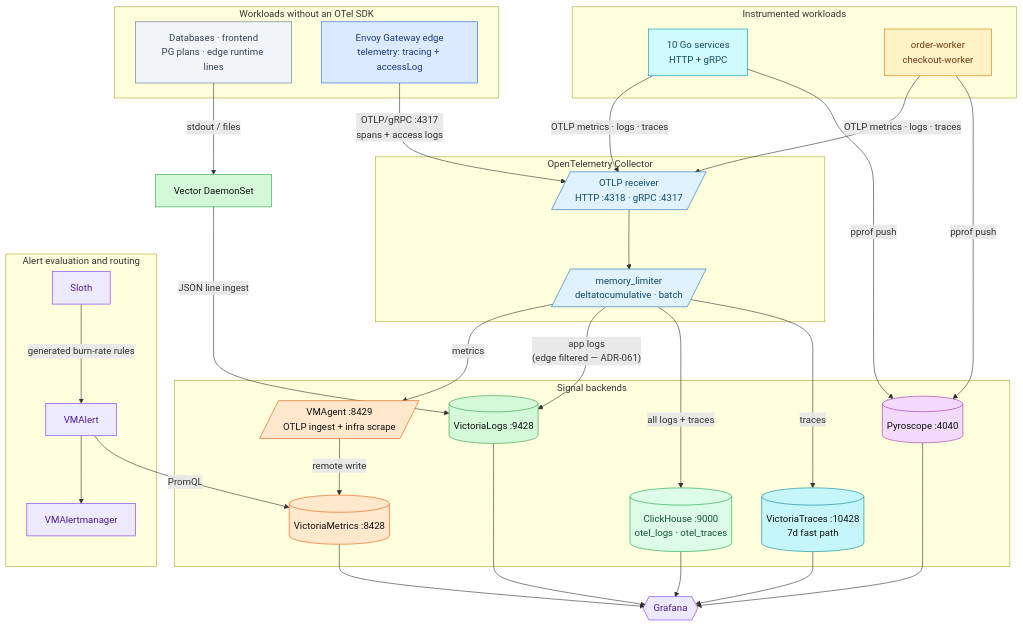
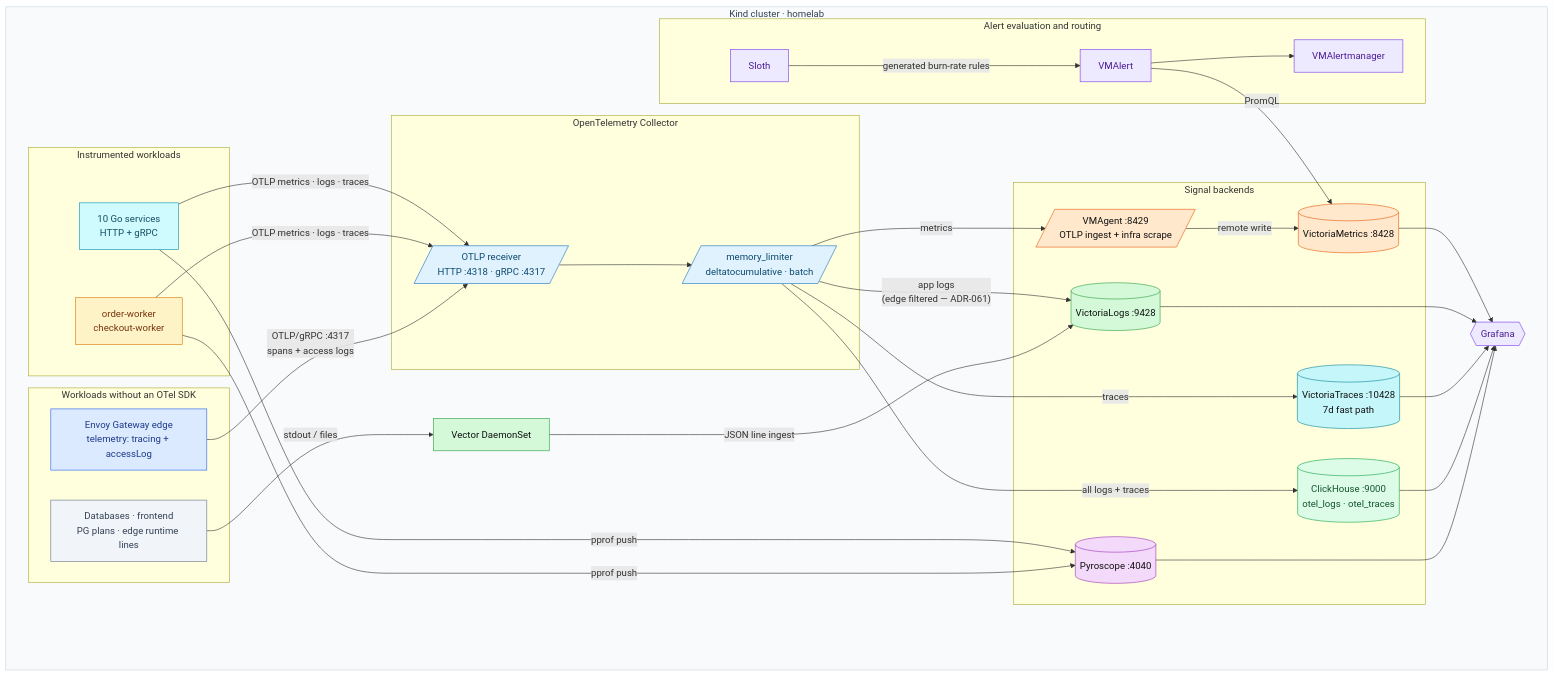
Before and after one commit to duynhlab/homelab: the first of 5 diagrams in docs/observability/README.md, drawn with Mermaid. The commit also changed 23 other files, not shown here.

First line of the commit message:
docs(diagrams): draw the cluster as every diagram's outer frame

````diff
--- a/docs/observability/README.md
+++ b/docs/observability/README.md
@@ -23,41 +23,44 @@
 ```mermaid
 flowchart TB
-    subgraph workloads["Instrumented workloads"]
-        Services["10 Go services<br/>HTTP + gRPC"]
-        Workers["order-worker<br/>checkout-worker"]
+    subgraph Cluster["Kind cluster · homelab"]
+        subgraph workloads["Instrumented workloads"]
+            Services["10 Go services<br/>HTTP + gRPC"]
+            Workers["order-worker<br/>checkout-worker"]
+        end
+
+        subgraph nonSdk["Workloads without an OTel SDK"]
+            Infra["Databases · frontend<br/>PG plans · edge runtime lines"]
+            Edge["Envoy Gateway edge<br/>telemetry: tracing + accessLog"]
+        end
+
+        subgraph collectorNode["OpenTelemetry Collector"]
+            Receiver[/"OTLP receiver<br/>HTTP :4318 · gRPC :4317"/]
+            Processors[/"memory_limiter<br/>deltatocumulative · batch"/]
+            Receiver --> Processors
+        end
+
+        Vector["Vector DaemonSet"]
+
+        subgraph backends["Signal backends"]
+            VMAgent[/"VMAgent :8429<br/>OTLP ingest + infra scrape"/]
+            VMSingle[("VictoriaMetrics :8428")]
+            VLogs[("VictoriaLogs :9428")]
+            VT[("VictoriaTraces :10428<br/>7d fast path")]
+            CH[("ClickHouse :9000<br/>otel_logs · otel_traces")]
+            Pyro[("Pyroscope :4040")]
+        end
+
+        subgraph alerting["Alert evaluation and routing"]
+            Sloth["Sloth"]
+            VMAlert["VMAlert"]
+            VMAM["VMAlertmanager"]
+            Sloth -->|"generated burn-rate rules"| VMAlert
+            VMAlert --> VMAM
+        end
+
+        Grafana{{"Grafana"}}
     end
-
-    subgraph nonSdk["Workloads without an OTel SDK"]
-        Infra["Databases · frontend<br/>PG plans · edge runtime lines"]
-        Edge["Envoy Gateway edge<br/>telemetry: tracing + accessLog"]
-    end
-
-    subgraph collectorNode["OpenTelemetry Collector"]
-        Receiver[/"OTLP receiver<br/>HTTP :4318 · gRPC :4317"/]
-        Processors[/"memory_limiter<br/>deltatocumulative · batch"/]
-        Receiver --> Processors
-    end
-
-    Vector["Vector DaemonSet"]
-
-    subgraph backends["Signal backends"]
-        VMAgent[/"VMAgent :8429<br/>OTLP ingest + infra scrape"/]
-        VMSingle[("VictoriaMetrics :8428")]
-        VLogs[("VictoriaLogs :9428")]
-        VT[("VictoriaTraces :10428<br/>7d fast path")]
-        CH[("ClickHouse :9000<br/>otel_logs · otel_traces")]
-        Pyro[("Pyroscope :4040")]
-    end
-
-    subgraph alerting["Alert evaluation and routing"]
-        Sloth["Sloth"]
-        VMAlert["VMAlert"]
-        VMAM["VMAlertmanager"]
-        Sloth -->|"generated burn-rate rules"| VMAlert
-        VMAlert --> VMAM
-    end
-
-    Grafana{{"Grafana"}}
+    style Cluster fill:#f8fafc,stroke:#cbd5e1,color:#334155
 
     Services & Workers -->|"OTLP metrics · logs · traces"| Receiver
     Services & Workers -->|"pprof push"| Pyro
````
